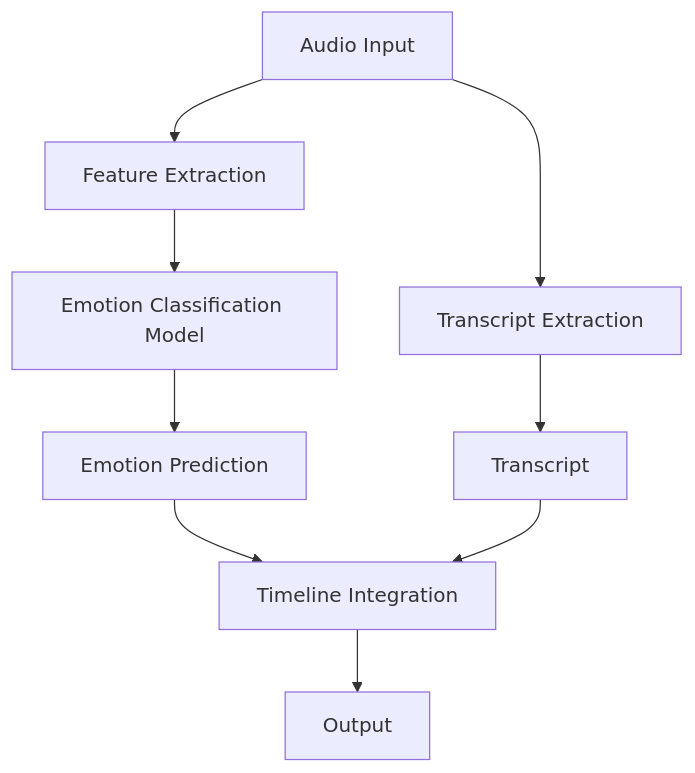
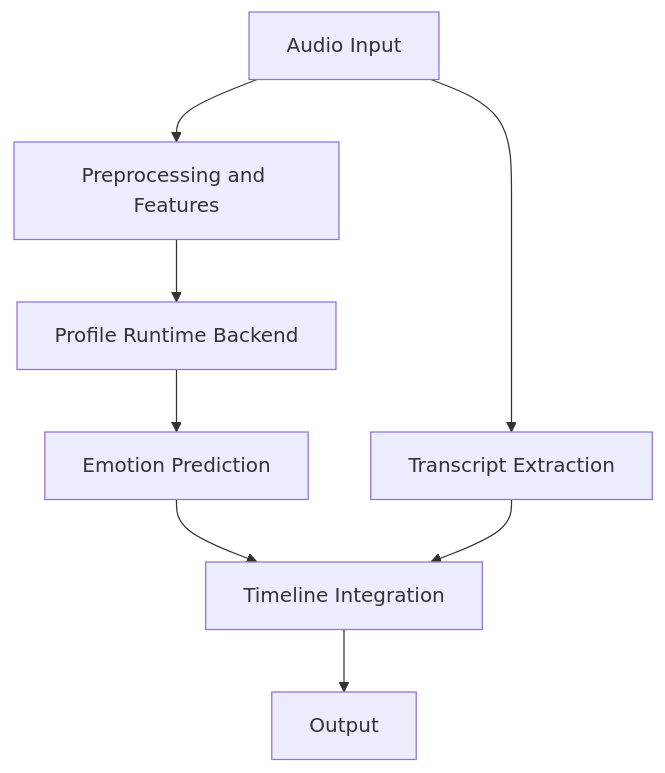
Before and after one commit to jsugg/ser: the first of 2 diagrams in README.md, drawn with Mermaid. The commit also changed other lines of this file and 219 other files, not shown here.

Commit message:
Refactor behind ser.api facade; split config/runtime/data internals and enforce architecture contracts

````diff
--- a/README.md
+++ b/README.md
@@ -39,11 +20,10 @@
 ```mermaid
 graph TD;
-    A[Audio Input] --> B[Feature Extraction];
-    B --> C[Emotion Classification Model];
-    A --> D[Transcript Extraction];
-    C --> E[Emotion Prediction];
-    D --> F[Transcript];
-    E --> G[Timeline Integration];
-    F --> G;
-    G --> H[Output];
+    A[Audio Input] --> B[Preprocessing and Features];
+    B --> C[Profile Runtime Backend];
+    C --> D[Emotion Prediction];
+    A --> E[Transcript Extraction];
+    D --> F[Timeline Integration];
+    E --> F;
+    F --> G[Output];
 ```
````
